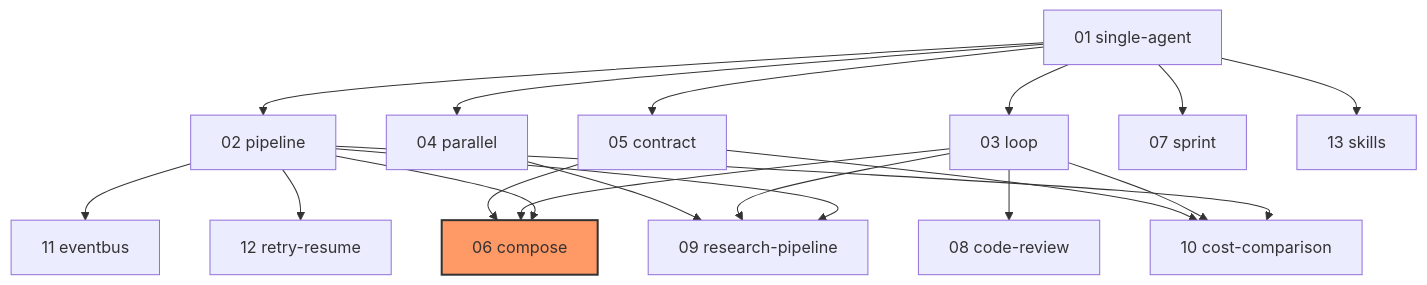
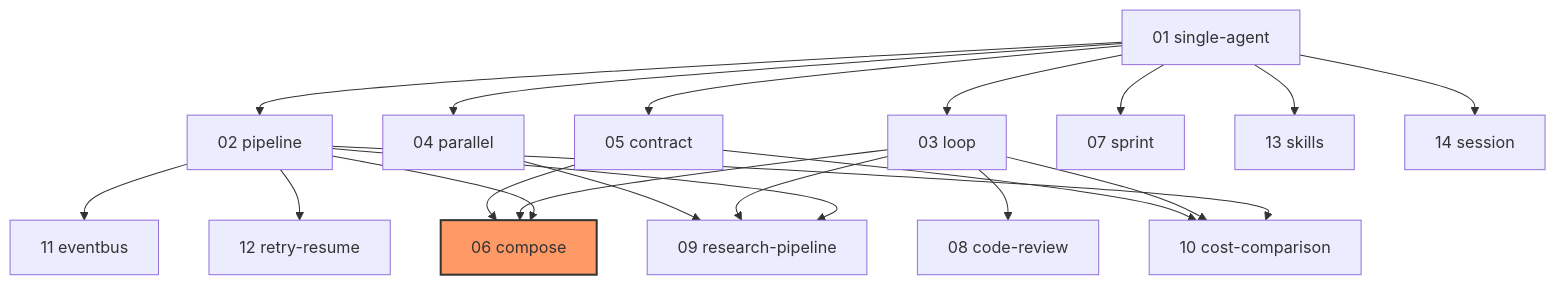
One commit to hham21/circe changed the diagram in examples/README.md. Above: the diagram before and after it, drawn with Mermaid. The commit also changed other lines of this file and 3 other files, not shown here.

First line of the commit message:
docs: update README, architecture, and examples for v0.5.0

````diff
--- a/examples/README.md
+++ b/examples/README.md
@@ -43,28 +44,29 @@
 ```mermaid
 flowchart TD
     A[01 single-agent] --> B[02 pipeline]
     A --> C[03 loop]
     A --> D[04 parallel]
     A --> E[05 contract]
     A --> F[07 sprint]
 
     B --> G[06 compose]
     C --> G
     E --> G
 
     C --> H[08 code-review]
 
     B --> I[09 research-pipeline]
     C --> I
     D --> I
 
     B --> J[10 cost-comparison]
     C --> J
     E --> J
 
     B --> K[11 eventbus]
     B --> L[12 retry-resume]
     A --> M[13 skills]
+    A --> N[14 session]
 
     style G fill:#f96,stroke:#333,stroke-width:2px
 ```
````
